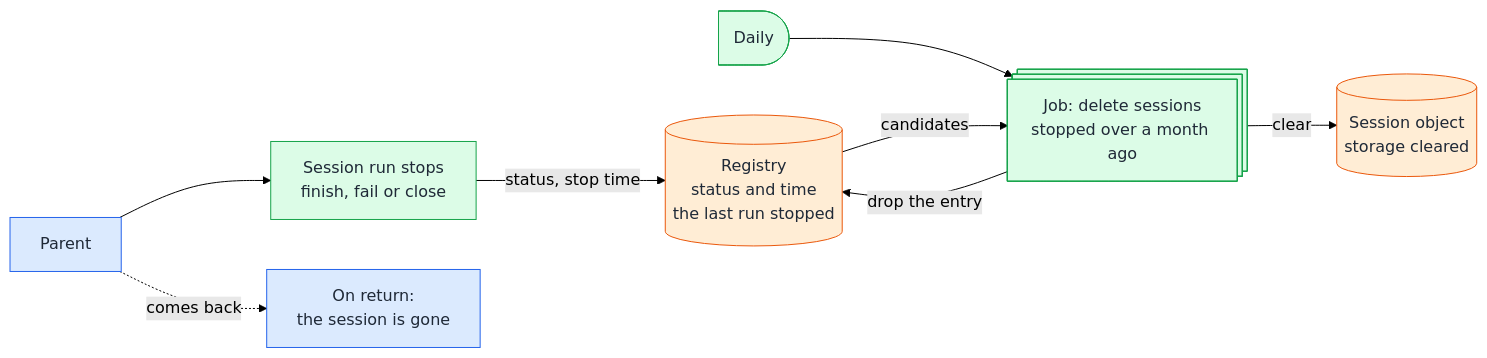
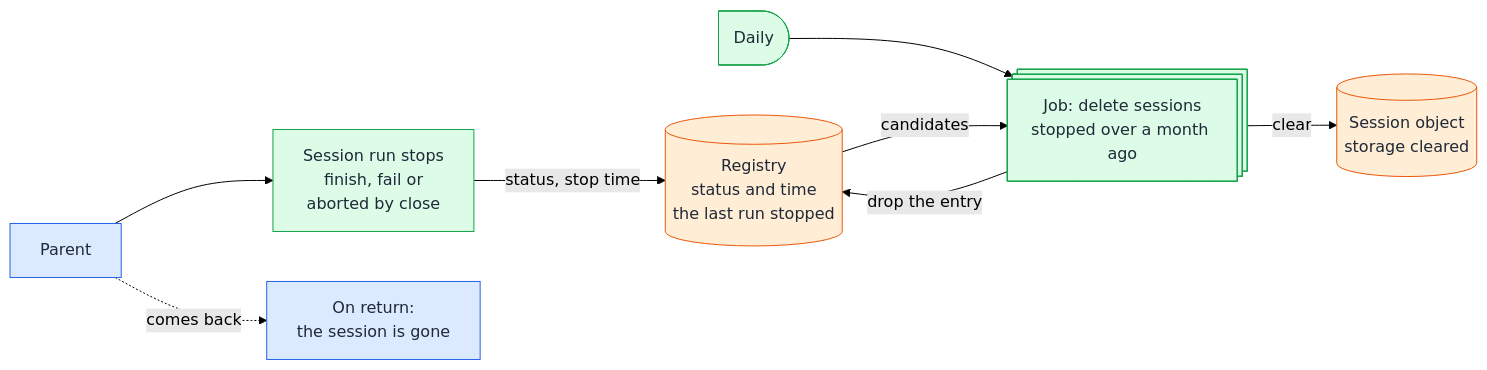
Before and after one commit to asermax/tentacles: the third of 3 diagrams in docs/technical-design/sessions.md, drawn with Mermaid (forest theme). The commit also changed other lines of this file and 4 other files, not shown here.

````diff
--- a/docs/technical-design/sessions.md
+++ b/docs/technical-design/sessions.md
@@ -120,24 +120,24 @@
 ```mermaid
 flowchart LR
     P@{ shape: rect, label: "Parent" }
-    R@{ shape: rect, label: "Session run stops<br/>finish, fail or close" }
+    R@{ shape: rect, label: "Session run stops<br/>finish, fail or<br/>aborted by close" }
     Reg@{ shape: cyl, label: "Registry<br/>status and time<br/>the last run stopped" }
     W@{ shape: delay, label: "Daily" }
     J@{ shape: st-rect, label: "Job: delete sessions<br/>stopped over a month ago" }
     S@{ shape: cyl, label: "Session object<br/>storage cleared" }
     L@{ shape: rect, label: "On return:<br/>the session is gone" }
     P --> R
     R -->|"status, stop time"| Reg
     W --> J
     Reg -->|"candidates"| J
     J -->|"clear"| S
     J -->|"drop the entry"| Reg
     P -.->|"comes back"| L
 
     classDef blue fill:#dbeafe,stroke:#2563eb,color:#1f2937
     classDef green fill:#dcfce7,stroke:#16a34a,color:#1f2937
     classDef orange fill:#ffedd5,stroke:#ea580c,color:#1f2937
     class P,L blue
     class R,W,J green
     class Reg,S orange
 ```
````
